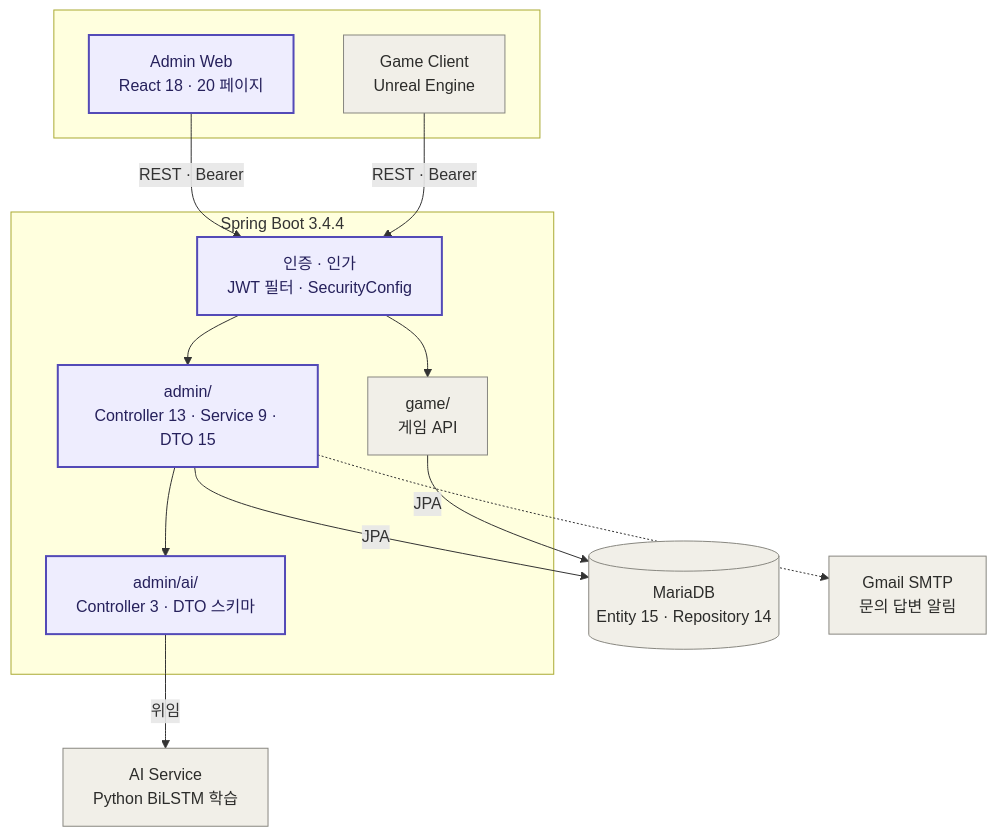
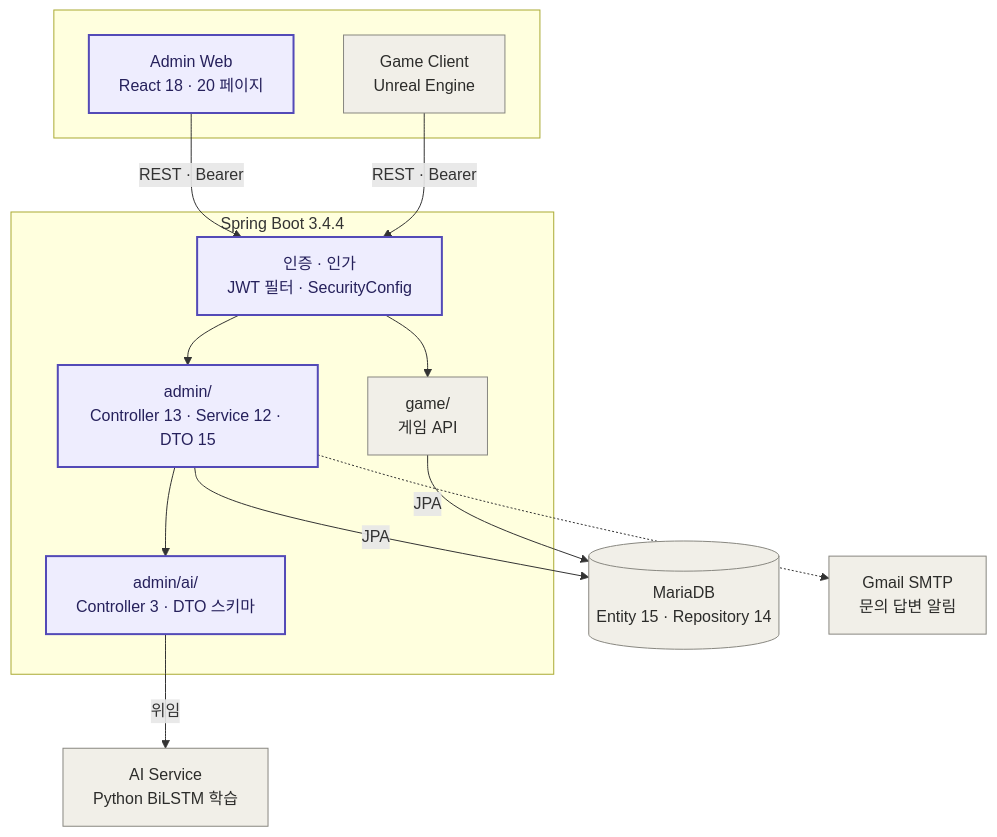
One commit to kimhyeongjun-1204/aigroove changed the diagram in README.md. Above: the diagram before and after it, drawn with Mermaid. The commit also changed other lines of this file, not shown here.

````diff
--- a/README.md
+++ b/README.md
@@ -53,33 +52,33 @@
 ```mermaid
 flowchart TB
 subgraph CLIENT[" "]
 ADMINWEB["Admin Web<br/>React 18 · 20 페이지"]
 GAMECLIENT["Game Client<br/>Unreal Engine"]
 end
 
 subgraph SERVER["Spring Boot 3.4.4"]
 AUTH["인증 · 인가<br/>JWT 필터 · SecurityConfig"]
-ADMIN["admin/<br/>Controller 13 · Service 9 · DTO 15"]
+ADMIN["admin/<br/>Controller 13 · Service 12 · DTO 15"]
 AIAPI["admin/ai/<br/>Controller 3 · DTO 스키마"]
 GAMEMOD["game/<br/>게임 API"]
 end
 
 DB[("MariaDB<br/>Entity 15 · Repository 14")]
 AISVC["AI Service<br/>Python BiLSTM 학습"]
 SMTP["Gmail SMTP<br/>문의 답변 알림"]
 
 ADMINWEB -->|REST · Bearer| AUTH
 GAMECLIENT -->|REST · Bearer| AUTH
 AUTH --> ADMIN
 AUTH --> GAMEMOD
 ADMIN --> AIAPI
 AIAPI -->|위임| AISVC
 ADMIN -->|JPA| DB
 GAMEMOD -->|JPA| DB
 ADMIN -.-> SMTP
 
 classDef mine fill:#EEEDFE,stroke:#534AB7,stroke-width:2px,color:#26215C
 classDef other fill:#F1EFE8,stroke:#888780,color:#2C2C2A
 class ADMINWEB,AUTH,ADMIN,AIAPI mine
 class GAMECLIENT,GAMEMOD,AISVC,DB,SMTP other
 ```
````
